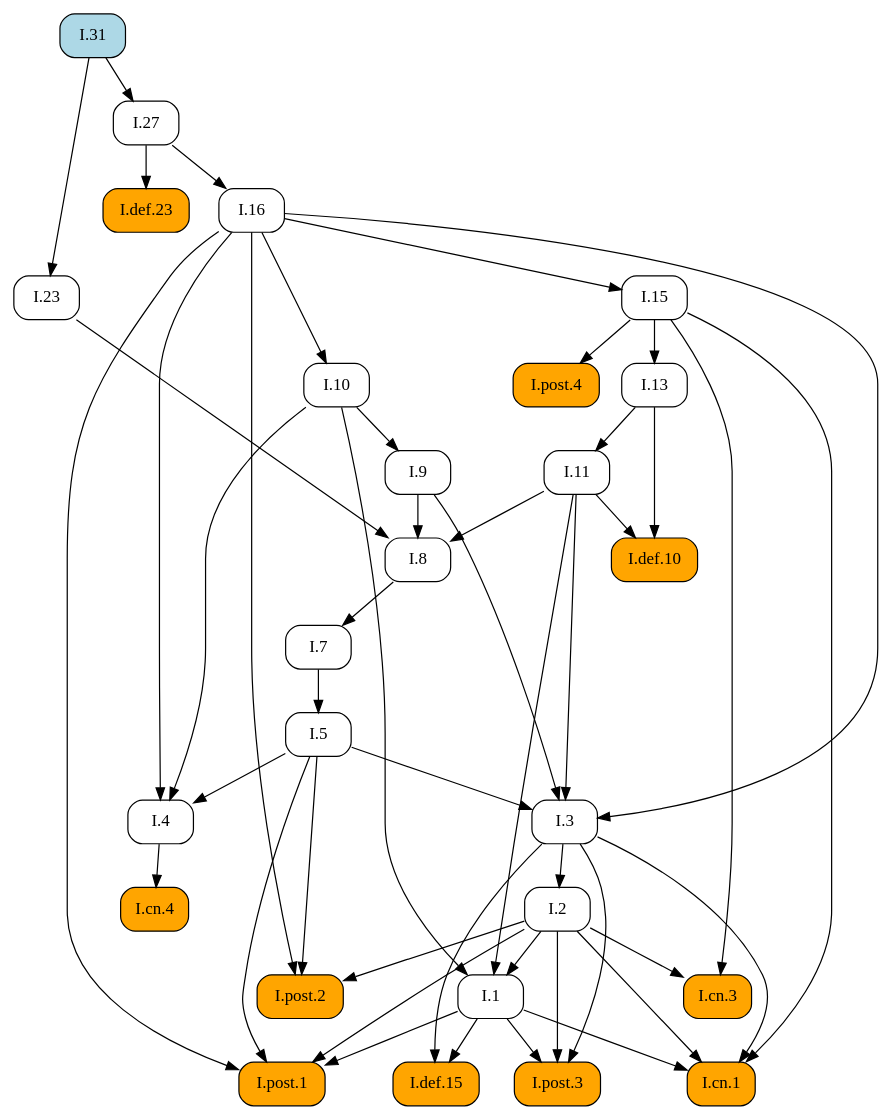
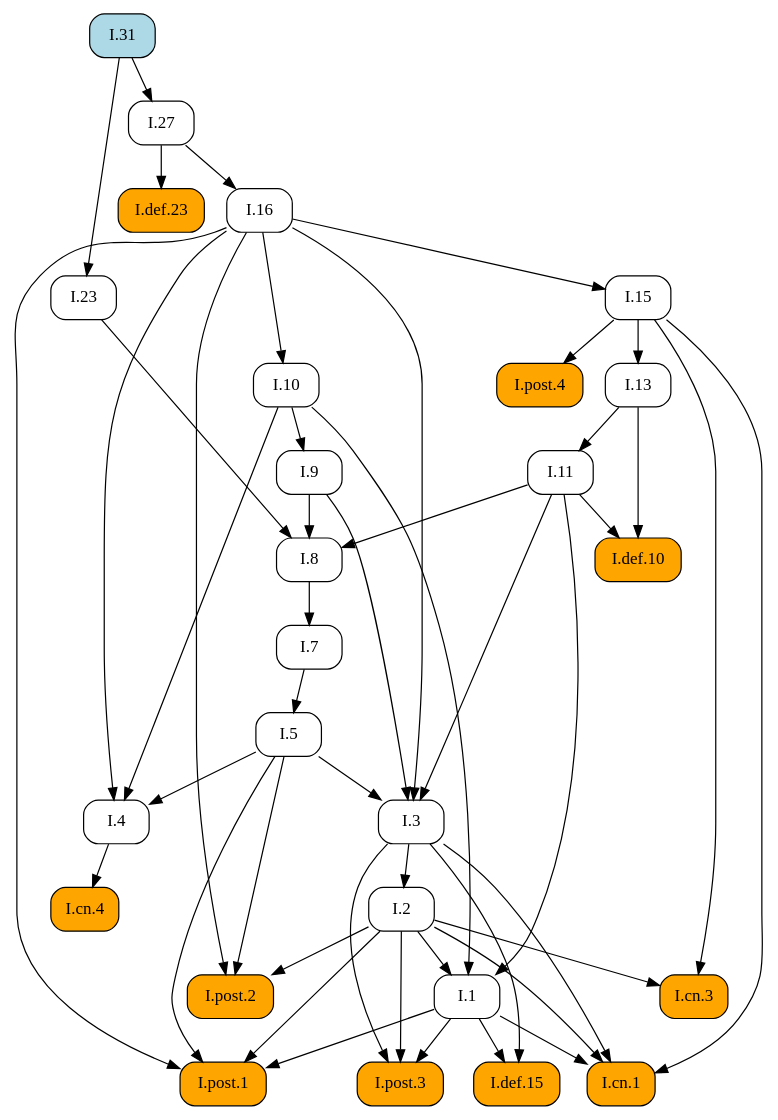
One commit to geometor/elements changed the diagram in docsrc/elements2/I/31/index.rst. Above: the diagram before and after it, drawn with Graphviz. The commit also changed other lines of this file and 409 other files, not shown here.

First line of the commit message:
feat: Add image cropping and graphic extraction script

```diff
--- a/docsrc/elements2/I/31/index.rst
+++ b/docsrc/elements2/I/31/index.rst
@@ -38,79 +38,79 @@
 .. graphviz::
 
    digraph {
      rankdir="TB";
      node [shape=box, style=rounded];
+     "I.def.15" [style="rounded,filled", fillcolor=orange, URL="/elements2/I/def.15/", target="_top"];
+     "I.def.10" [style="rounded,filled", fillcolor=orange, URL="/elements2/I/def.10/", target="_top"];
+     "I.def.23" [style="rounded,filled", fillcolor=orange, URL="/elements2/I/def.23/", target="_top"];
+     "I.11" [URL="/elements2/I/11/", target="_top"];
      "I.8" [URL="/elements2/I/8/", target="_top"];
-     "I.1" [URL="/elements2/I/1/", target="_top"];
+     "I.31" [style="rounded,filled", fillcolor=lightblue, URL="/elements2/I/31/", target="_top"];
+     "I.15" [URL="/elements2/I/15/", target="_top"];
+     "I.5" [URL="/elements2/I/5/", target="_top"];
+     "I.3" [URL="/elements2/I/3/", target="_top"];
+     "I.10" [URL="/elements2/I/10/", target="_top"];
      "I.cn.3" [style="rounded,filled", fillcolor=orange, URL="/elements2/I/cn.3/", target="_top"];
-     "I.cn.4" [style="rounded,filled", fillcolor=orange, URL="/elements2/I/cn.4/", target="_top"];
+     "I.cn.1" [style="rounded,filled", fillcolor=orange, URL="/elements2/I/cn.1/", target="_top"];
+     "I.13" [URL="/elements2/I/13/", target="_top"];
+     "I.4" [URL="/elements2/I/4/", target="_top"];
+     "I.post.3" [style="rounded,filled", fillcolor=orange, URL="/elements2/I/post.3/", target="_top"];
+     "I.7" [URL="/elements2/I/7/", target="_top"];
+     "I.9" [URL="/elements2/I/9/", target="_top"];
      "I.23" [URL="/elements2/I/23/", target="_top"];
-     "I.7" [URL="/elements2/I/7/", target="_top"];
+     "I.16" [URL="/elements2/I/16/", target="_top"];
      "I.post.1" [style="rounded,filled", fillcolor=orange, URL="/elements2/I/post.1/", target="_top"];
-     "I.9" [URL="/elements2/I/9/", target="_top"];
-     "I.5" [URL="/elements2/I/5/", target="_top"];
-     "I.cn.1" [style="rounded,filled", fillcolor=orange, URL="/elements2/I/cn.1/", target="_top"];
-     "I.post.4" [style="rounded,filled", fillcolor=orange, URL="/elements2/I/post.4/", target="_top"];
-     "I.def.10" [style="rounded,filled", fillcolor=orange, URL="/elements2/I/def.10/", target="_top"];
-     "I.16" [URL="/elements2/I/16/", target="_top"];
-     "I.13" [URL="/elements2/I/13/", target="_top"];
      "I.2" [URL="/elements2/I/2/", target="_top"];
      "I.27" [URL="/elements2/I/27/", target="_top"];
-     "I.def.15" [style="rounded,filled", fillcolor=orange, URL="/elements2/I/def.15/", target="_top"];
-     "I.4" [URL="/elements2/I/4/", target="_top"];
-     "I.31" [style="rounded,filled", fillcolor=lightblue, URL="/elements2/I/31/", target="_top"];
-     "I.11" [URL="/elements2/I/11/", target="_top"];
-     "I.10" [URL="/elements2/I/10/", target="_top"];
-     "I.15" [URL="/elements2/I/15/", target="_top"];
-     "I.3" [URL="/elements2/I/3/", target="_top"];
-     "I.def.23" [style="rounded,filled", fillcolor=orange, URL="/elements2/I/def.23/", target="_top"];
+     "I.1" [URL="/elements2/I/1/", target="_top"];
+     "I.post.4" [style="rounded,filled", fillcolor=orange, URL="/elements2/I/post.4/", target="_top"];
+     "I.cn.4" [style="rounded,filled", fillcolor=orange, URL="/elements2/I/cn.4/", target="_top"];
      "I.post.2" [style="rounded,filled", fillcolor=orange, URL="/elements2/I/post.2/", target="_top"];
-     "I.post.3" [style="rounded,filled", fillcolor=orange, URL="/elements2/I/post.3/", target="_top"];
+     "I.1" -> "I.def.15";
+     "I.3" -> "I.def.15";
+     "I.11" -> "I.def.10";
+     "I.13" -> "I.def.10";
+     "I.27" -> "I.def.23";
+     "I.13" -> "I.11";
      "I.9" -> "I.8";
      "I.11" -> "I.8";
      "I.23" -> "I.8";
-     "I.2" -> "I.1";
-     "I.10" -> "I.1";
-     "I.11" -> "I.1";
+     "I.16" -> "I.15";
+     "I.7" -> "I.5";
+     "I.5" -> "I.3";
+     "I.9" -> "I.3";
+     "I.11" -> "I.3";
+     "I.16" -> "I.3";
+     "I.16" -> "I.10";
      "I.2" -> "I.cn.3";
      "I.15" -> "I.cn.3";
-     "I.4" -> "I.cn.4";
+     "I.1" -> "I.cn.1";
+     "I.2" -> "I.cn.1";
+     "I.3" -> "I.cn.1";
+     "I.15" -> "I.cn.1";
+     "I.15" -> "I.13";
+     "I.5" -> "I.4";
+     "I.10" -> "I.4";
+     "I.16" -> "I.4";
+     "I.1" -> "I.post.3";
+     "I.2" -> "I.post.3";
+     "I.3" -> "I.post.3";
+     "I.8" -> "I.7";
+     "I.10" -> "I.9";
      "I.31" -> "I.23";
-     "I.8" -> "I.7";
+     "I.27" -> "I.16";
      "I.1" -> "I.post.1";
      "I.2" -> "I.post.1";
      "I.5" -> "I.post.1";
      "I.16" -> "I.post.1";
-     "I.10" -> "I.9";
-     "I.7" -> "I.5";
-     "I.1" -> "I.cn.1";
-     "I.2" -> "I.cn.1";
-     "I.3" -> "I.cn.1";
-     "I.15" -> "I.cn.1";
-     "I.15" -> "I.post.4";
-     "I.11" -> "I.def.10";
-     "I.13" -> "I.def.10";
-     "I.27" -> "I.16";
-     "I.15" -> "I.13";
      "I.3" -> "I.2";
      "I.31" -> "I.27";
-     "I.1" -> "I.def.15";
-     "I.3" -> "I.def.15";
-     "I.5" -> "I.4";
-     "I.10" -> "I.4";
-     "I.16" -> "I.4";
-     "I.13" -> "I.11";
-     "I.16" -> "I.10";
-     "I.16" -> "I.15";
-     "I.5" -> "I.3";
-     "I.9" -> "I.3";
-     "I.11" -> "I.3";
-     "I.16" -> "I.3";
-     "I.27" -> "I.def.23";
+     "I.2" -> "I.1";
+     "I.10" -> "I.1";
+     "I.11" -> "I.1";
+     "I.15" -> "I.post.4";
+     "I.4" -> "I.cn.4";
      "I.2" -> "I.post.2";
      "I.5" -> "I.post.2";
      "I.16" -> "I.post.2";
-     "I.1" -> "I.post.3";
-     "I.2" -> "I.post.3";
-     "I.3" -> "I.post.3";
    }
```
